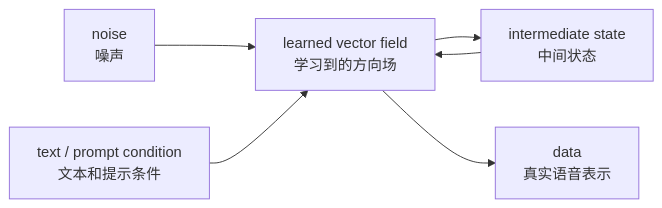
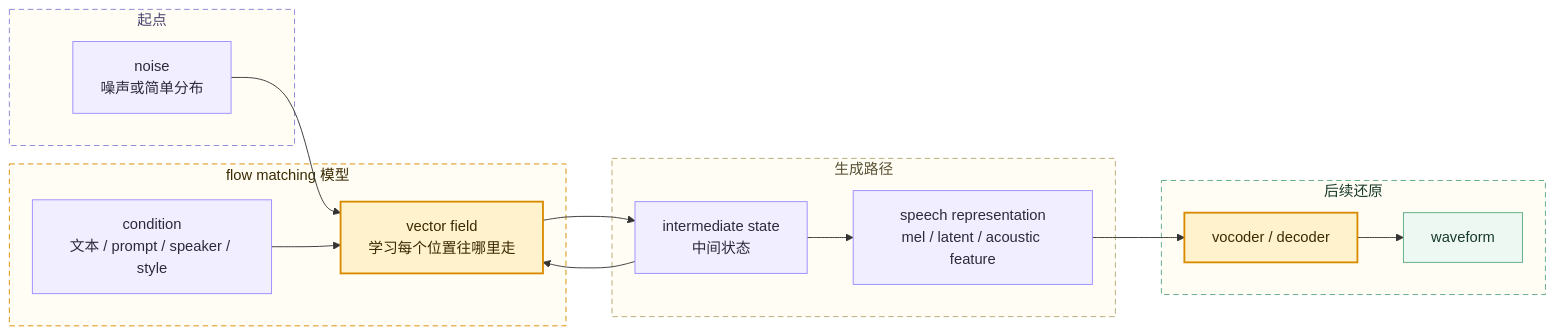
One commit to dugenkui03/OmniVoice changed the fourth of 5 diagrams in books/chapter10_扩散模型与新一代TTS.md. Above: the diagram before and after it, drawn with Mermaid. The commit also changed other lines of this file and 11 other files, not shown here.

````diff
--- a/books/chapter10_扩散模型与新一代TTS.md
+++ b/books/chapter10_扩散模型与新一代TTS.md
@@ -326,8 +310,36 @@
 ```mermaid
 flowchart LR
-    A["noise<br/>噪声"] --> B["learned vector field<br/>学习到的方向场"]
-    B --> C["intermediate state<br/>中间状态"]
+    subgraph startStage["起点"]
+        A["noise<br/>噪声或简单分布"]
+    end
+
+    subgraph modelStage["flow matching 模型"]
+        B["vector field<br/>学习每个位置往哪里走"]
+        C["condition<br/>文本 / prompt / speaker / style"]
+    end
+
+    subgraph pathStage["生成路径"]
+        D["intermediate state<br/>中间状态"]
+        E["speech representation<br/>mel / latent / acoustic feature"]
+    end
+
+    subgraph restoreStage["后续还原"]
+        F["vocoder / decoder"]
+        G["waveform"]
+    end
+
+    A --> B --> D --> B
+    D --> E --> F --> G
     C --> B
-    B --> D["data<br/>真实语音表示"]
-    E["text / prompt condition<br/>文本和提示条件"] --> B
+
+    classDef data fill:#F0EEFF,stroke:#9B8CFF,color:#2D2A3A;
+    classDef core fill:#FFF2CC,stroke:#D88B00,stroke-width:2px,color:#3B2A00;
+    classDef output fill:#EEF8F3,stroke:#5CA982,color:#173B2B;
+    class A,C,D,E data;
+    class B,F core;
+    class G output;
+    style startStage fill:#FFFDF4,stroke:#8B80D8,stroke-dasharray:6 4,color:#4A436E;
+    style modelStage fill:#FFFDF4,stroke:#D88B00,stroke-dasharray:6 4,color:#3B2A00;
+    style pathStage fill:#FFFDF4,stroke:#B7A870,stroke-dasharray:6 4,color:#5A5134;
+    style restoreStage fill:#FFFDF4,stroke:#5CA982,stroke-dasharray:6 4,color:#173B2B;
 ```
````
